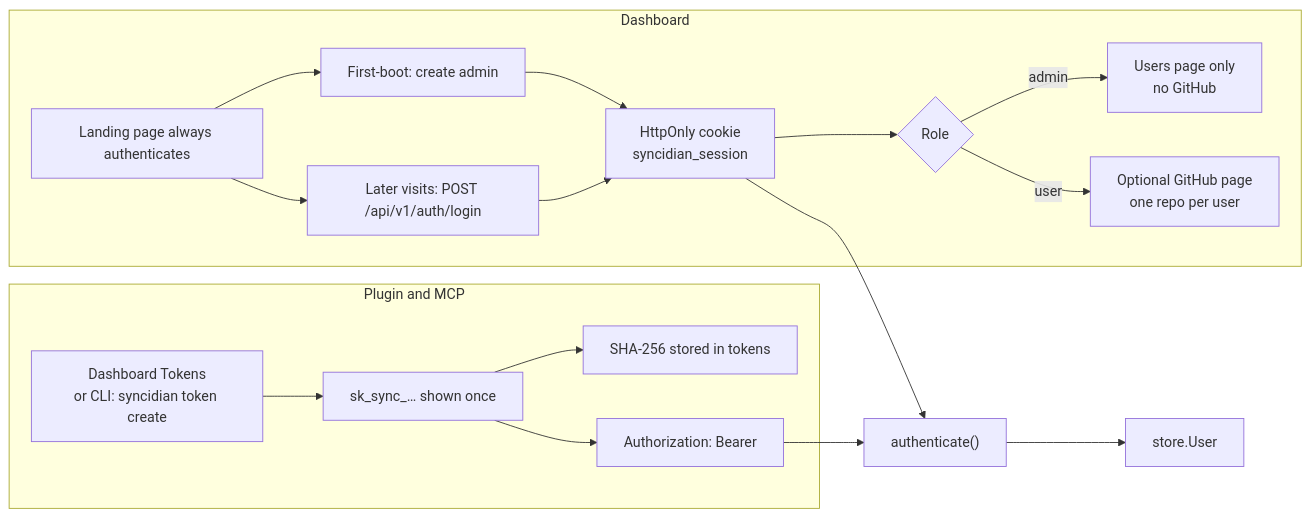
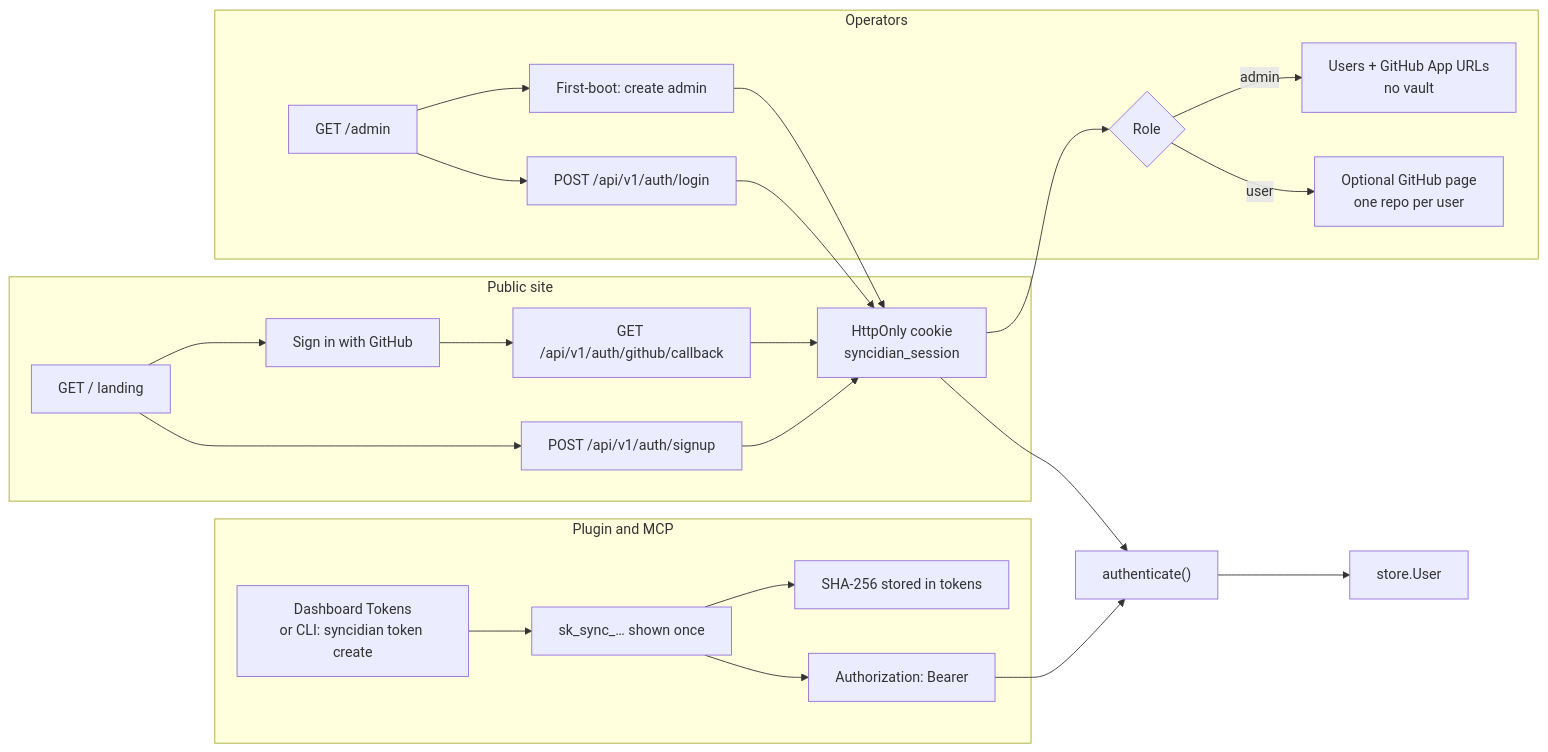
The ninth of 13 diagrams in docs/architecture.md (shangeethsivan/Syncidian), drawn with Mermaid before and after one commit. The commit also changed other lines of this file and 17 other files, not shown here.

First line of the commit message:
Add a public landing page and GitHub sign-in at /admin App URLs

````diff
--- a/docs/architecture.md
+++ b/docs/architecture.md
@@ -272,22 +279,30 @@
 ```mermaid
 flowchart LR
-  subgraph dashboard [Dashboard]
-    Land["Landing page always authenticates"] --> Setup["First-boot: create admin"]
-    Land --> Login["Later visits: POST /api/v1/auth/login"]
-    Setup --> Cookie["HttpOnly cookie<br/>syncidian_session"]
+  subgraph site [Public site]
+    Land["GET / landing"] --> GitHub["Sign in with GitHub"]
+    Land --> Email["POST /api/v1/auth/signup"]
+    GitHub --> Callback["GET /api/v1/auth/github/callback"]
+    Callback --> Cookie["HttpOnly cookie<br/>syncidian_session"]
+    Email --> Cookie
+  end
+
+  subgraph admin [Operators]
+    AdminUI["GET /admin"] --> Setup["First-boot: create admin"]
+    AdminUI --> Login["POST /api/v1/auth/login"]
+    Setup --> Cookie
     Login --> Cookie
     Cookie --> Split{"Role"}
-    Split -->|"admin"| UsersOnly["Users page only<br/>no GitHub"]
+    Split -->|"admin"| UsersOnly["Users + GitHub App URLs<br/>no vault"]
     Split -->|"user"| VaultUI["Optional GitHub page<br/>one repo per user"]
   end
 
   subgraph pluginAuth [Plugin and MCP]
-    Admin["Dashboard Tokens<br/>or CLI: syncidian token create"] --> Raw["sk_sync_… shown once"]
+    Tokens["Dashboard Tokens<br/>or CLI: syncidian token create"] --> Raw["sk_sync_… shown once"]
     Raw --> Hash["SHA-256 stored in tokens"]
     Raw --> Header["Authorization: Bearer"]
   end
 
   Cookie --> Authed["authenticate()"]
   Header --> Authed
   Authed --> User["store.User"]
 ```
````
